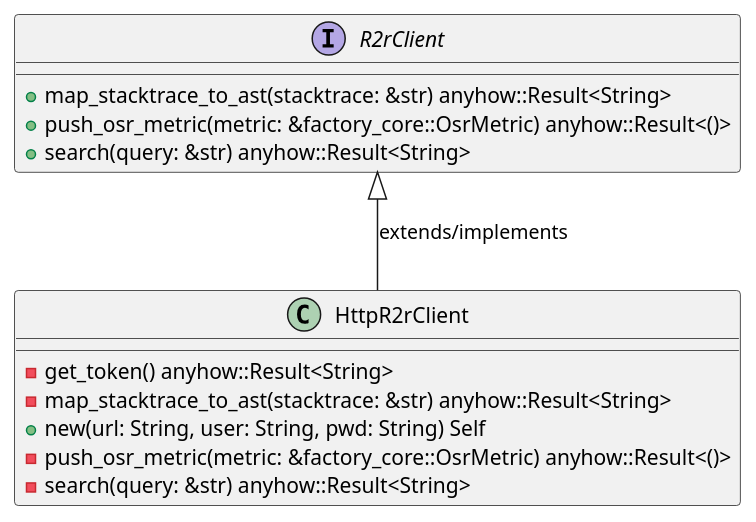
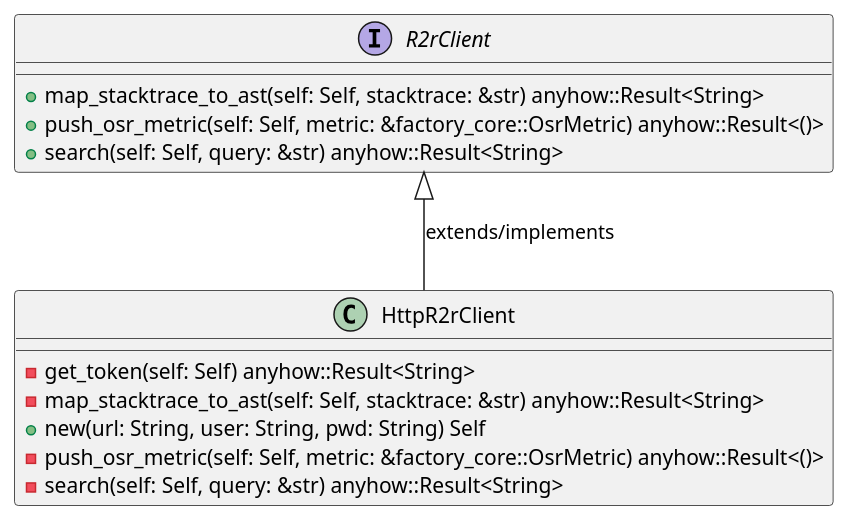
Before and after one commit to lgcorzo/rust_CACD_autonomous_factory: the first of 6 diagrams in openwiki/crates_factory_infrastructure_src_r2r.md, drawn with PlantUML. The commit also changed other lines of this file and 95 other files, not shown here.

````diff
--- a/openwiki/crates_factory_infrastructure_src_r2r.md
+++ b/openwiki/crates_factory_infrastructure_src_r2r.md
@@ -191,18 +194,18 @@
 ```plantuml
 @startuml
 class HttpR2rClient {
-    -get_token() anyhow::Result<String>
-    -map_stacktrace_to_ast(stacktrace: &str) anyhow::Result<String>
+    -get_token(self: Self) anyhow::Result<String>
+    -map_stacktrace_to_ast(self: Self, stacktrace: &str) anyhow::Result<String>
     +new(url: String, user: String, pwd: String) Self
-    -push_osr_metric(metric: &factory_core::OsrMetric) anyhow::Result<()>
-    -search(query: &str) anyhow::Result<String>
+    -push_osr_metric(self: Self, metric: &factory_core::OsrMetric) anyhow::Result<()>
+    -search(self: Self, query: &str) anyhow::Result<String>
 }
 R2rClient <|-- HttpR2rClient : extends/implements
 interface R2rClient {
-    +map_stacktrace_to_ast(stacktrace: &str) anyhow::Result<String>
-    +push_osr_metric(metric: &factory_core::OsrMetric) anyhow::Result<()>
-    +search(query: &str) anyhow::Result<String>
+    +map_stacktrace_to_ast(self: Self, stacktrace: &str) anyhow::Result<String>
+    +push_osr_metric(self: Self, metric: &factory_core::OsrMetric) anyhow::Result<()>
+    +search(self: Self, query: &str) anyhow::Result<String>
 }
 @enduml
 
 ```
````
